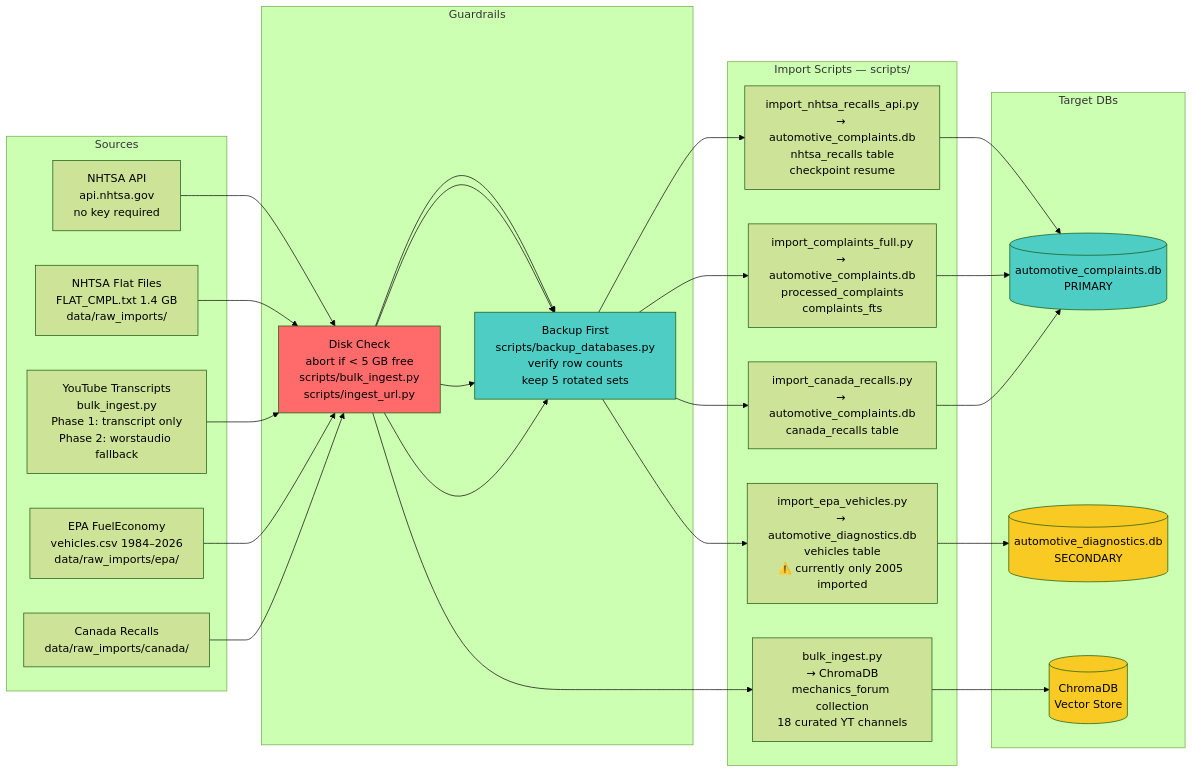
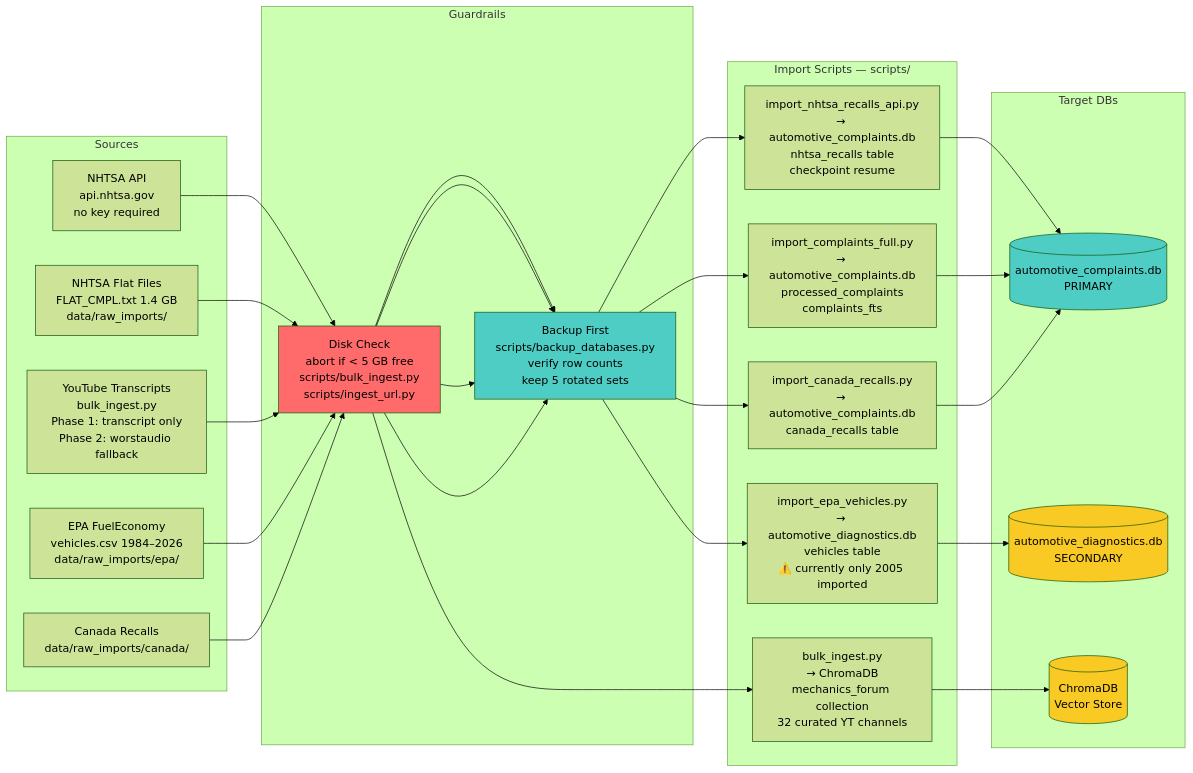
The fourth of 8 diagrams in .claude/docs/DIAGRAMS.md (MrPoteete/automotive-diagnostic-skills), drawn with Mermaid (forest theme) before and after one commit. The commit also changed other lines of this file, not shown here.

First line of the commit message:
docs: update DIAGRAMS.md with current RAG corpus counts

````diff
--- a/.claude/docs/DIAGRAMS.md
+++ b/.claude/docs/DIAGRAMS.md
@@ -166,41 +167,41 @@
 ```mermaid
 flowchart LR
     subgraph "Sources"
         N1["NHTSA API\napi.nhtsa.gov\nno key required"]
         N2["NHTSA Flat Files\nFLAT_CMPL.txt 1.4 GB\ndata/raw_imports/"]
         N3["YouTube Transcripts\nbulk_ingest.py\nPhase 1: transcript only\nPhase 2: worstaudio fallback"]
         N4["EPA FuelEconomy\nvehicles.csv 1984–2026\ndata/raw_imports/epa/"]
         N5["Canada Recalls\ndata/raw_imports/canada/"]
     end
 
     subgraph "Guardrails"
         DG["Disk Check\nabort if < 5 GB free\nscripts/bulk_ingest.py\nscripts/ingest_url.py"]
         BK["Backup First\nscripts/backup_databases.py\nverify row counts\nkeep 5 rotated sets"]
     end
 
     subgraph "Import Scripts — scripts/"
         I1["import_nhtsa_recalls_api.py\n→ automotive_complaints.db\nnhtsa_recalls table\ncheckpoint resume"]
         I2["import_complaints_full.py\n→ automotive_complaints.db\nprocessed_complaints\ncomplaints_fts"]
-        I3["bulk_ingest.py\n→ ChromaDB\nmechanics_forum collection\n18 curated YT channels"]
+        I3["bulk_ingest.py\n→ ChromaDB\nmechanics_forum collection\n32 curated YT channels"]
         I4["import_epa_vehicles.py\n→ automotive_diagnostics.db\nvehicles table\n⚠️ currently only 2005 imported"]
         I5["import_canada_recalls.py\n→ automotive_complaints.db\ncanada_recalls table"]
     end
 
     subgraph "Target DBs"
         CD[("automotive_complaints.db\nPRIMARY")]
         DD[("automotive_diagnostics.db\nSECONDARY")]
         CH[("ChromaDB\nVector Store")]
     end
 
     N1 --> DG --> BK --> I1 --> CD
     N2 --> DG --> BK --> I2 --> CD
     N3 --> DG --> I3 --> CH
     N4 --> DG --> BK --> I4 --> DD
     N5 --> DG --> BK --> I5 --> CD
 
     style DG fill:#ff6b6b
     style BK fill:#4ecdc4
     style CD fill:#4ecdc4
     style DD fill:#f9ca24
     style CH fill:#f9ca24
 ```
````
